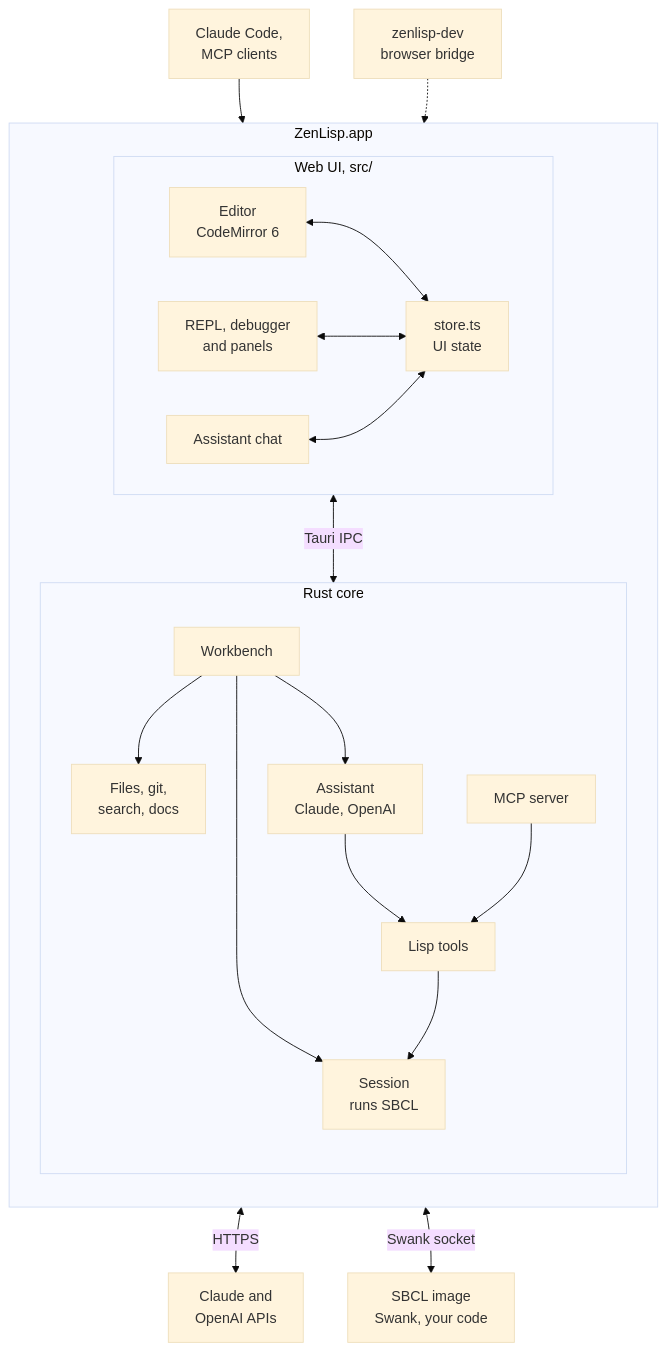
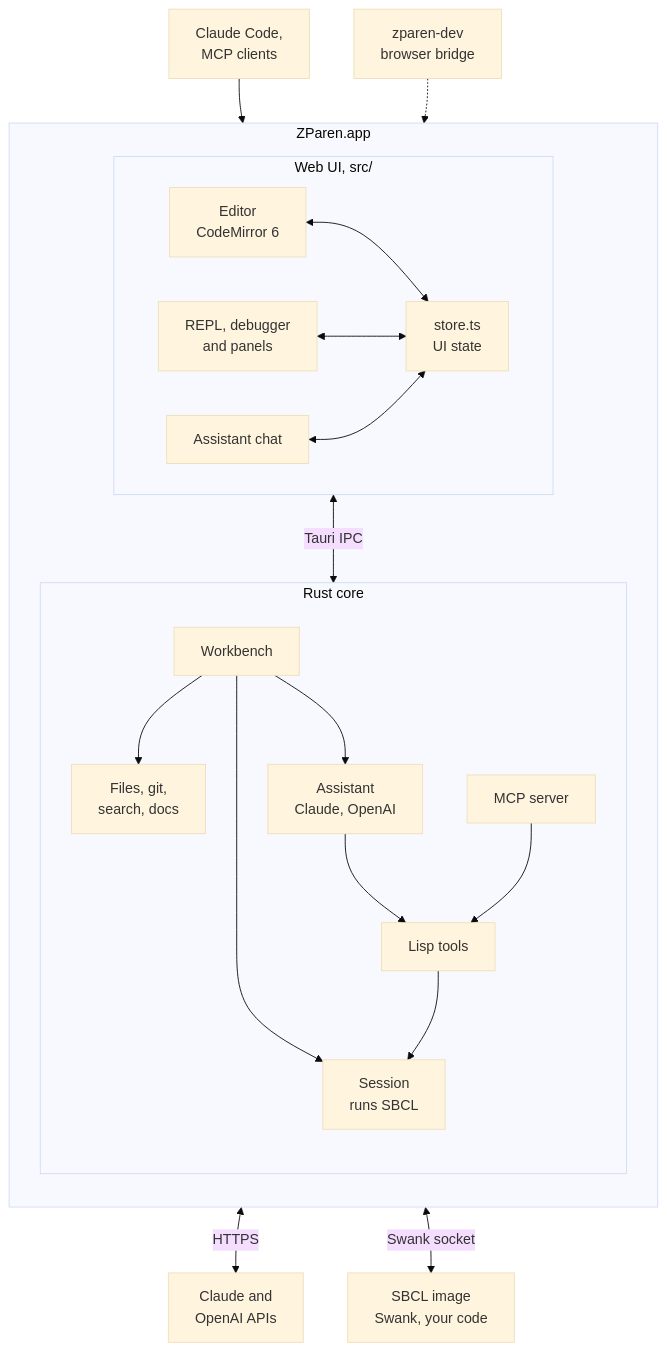
Before and after one commit to eric-zhu-2019/zenlisp: the diagram in README.md, drawn with Mermaid (base theme). The commit also changed other lines of this file and 101 other files, not shown here.

First line of the commit message:
ZenLisp is now ZParen: app, crates, Lisp packages, env vars and docs

````diff
--- a/README.md
+++ b/README.md
@@ -241,36 +245,36 @@
 ```mermaid
 flowchart TB
-  subgraph app["ZenLisp.app"]
+  subgraph app["ZParen.app"]
     direction TB
     subgraph ui["Web UI, src/"]
       direction LR
       editor["Editor<br/>CodeMirror 6"]
       panels["REPL, debugger<br/>and panels"]
       chat["Assistant chat"]
       store["store.ts<br/>UI state"]
       editor & panels & chat <--> store
     end
     subgraph core["Rust core"]
       direction TB
       wb["Workbench"]
       local["Files, git,<br/>search, docs"]
       assistant["Assistant<br/>Claude, OpenAI"]
       mcp["MCP server"]
       tools["Lisp tools"]
       session["Session<br/>runs SBCL"]
       wb --> local & assistant & session
       assistant --> tools
       mcp --> tools
       tools --> session
     end
     store <-- "Tauri IPC" --> wb
   end
   apis["Claude and<br/>OpenAI APIs"]
   agents["Claude Code,<br/>MCP clients"]
   sbcl["SBCL image<br/>Swank, your code"]
-  dev["zenlisp-dev<br/>browser bridge"]
+  dev["zparen-dev<br/>browser bridge"]
   assistant <-- "HTTPS" --> apis
   agents --> mcp
   session <-- "Swank socket" --> sbcl
   dev -.-> wb
 ```
````
